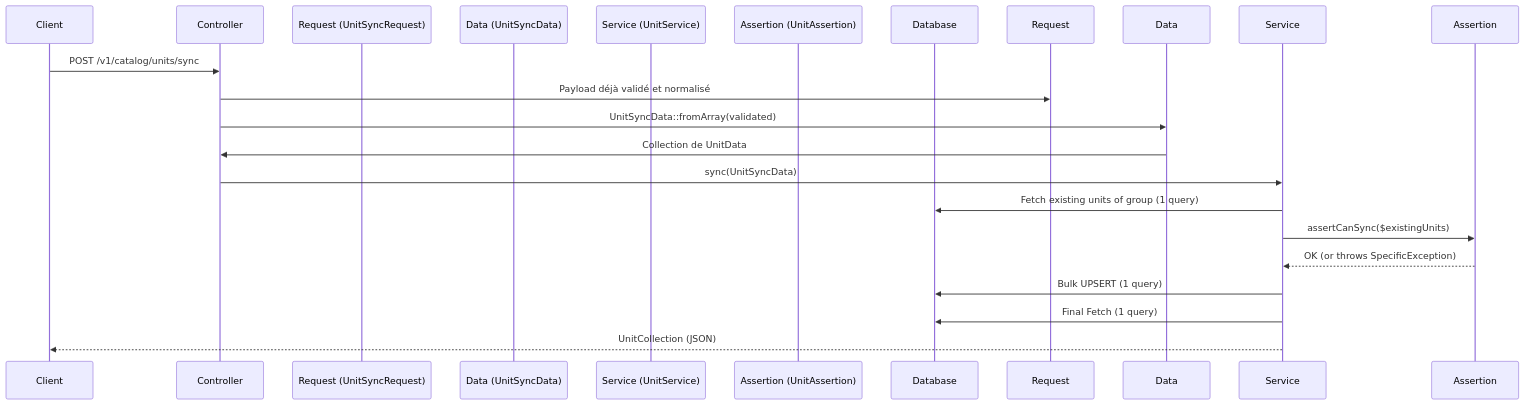
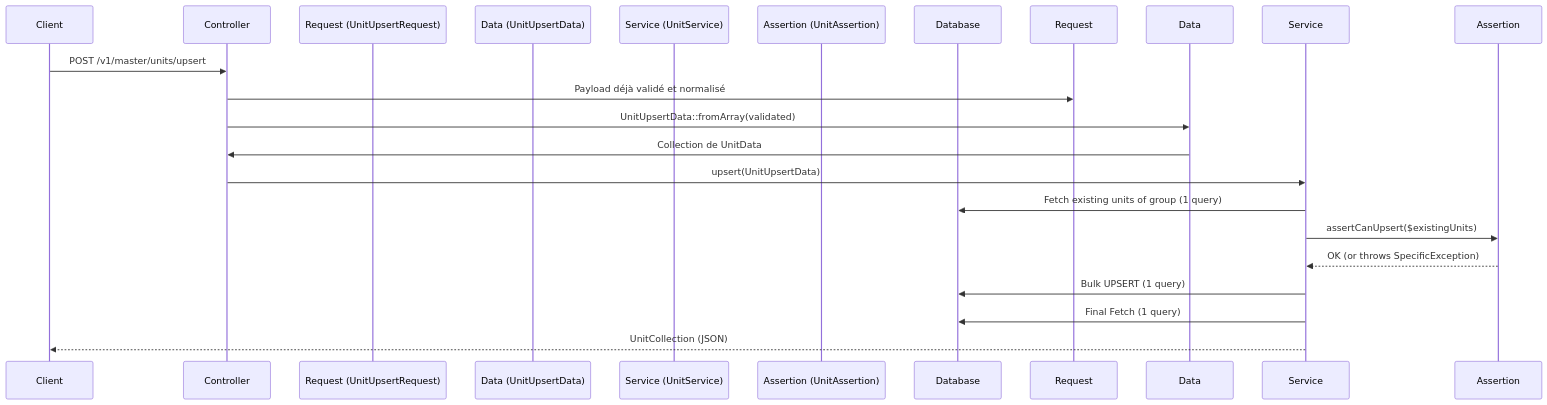
One commit to Tresor091005/my-api-boilerplate changed the diagram in docs/features/catalog-units.md. Above: the diagram before and after it, drawn with Mermaid. The commit also changed other lines of this file and 73 other files, not shown here.

````diff
--- a/docs/features/catalog-units.md
+++ b/docs/features/catalog-units.md
@@ -9,22 +9,22 @@
 ```mermaid
 sequenceDiagram
     participant Client
     participant Controller
-    participant Request (UnitSyncRequest)
-    participant Data (UnitSyncData)
+    participant Request (UnitUpsertRequest)
+    participant Data (UnitUpsertData)
     participant Service (UnitService)
     participant Assertion (UnitAssertion)
     participant Database
 
-    Client->>Controller: POST /v1/catalog/units/sync
+    Client->>Controller: POST /v1/master/units/upsert
     Controller->>Request: Payload déjà validé et normalisé
-    Controller->>Data: UnitSyncData::fromArray(validated)
+    Controller->>Data: UnitUpsertData::fromArray(validated)
     Data->>Controller: Collection de UnitData
-    Controller->>Service: sync(UnitSyncData)
+    Controller->>Service: upsert(UnitUpsertData)
     Service->>Database: Fetch existing units of group (1 query)
-    Service->>Assertion: assertCanSync($existingUnits)
+    Service->>Assertion: assertCanUpsert($existingUnits)
     Assertion-->>Service: OK (or throws SpecificException)
     Service->>Database: Bulk UPSERT (1 query)
     Service->>Database: Final Fetch (1 query)
     Service-->>Client: UnitCollection (JSON)
 ```
````
